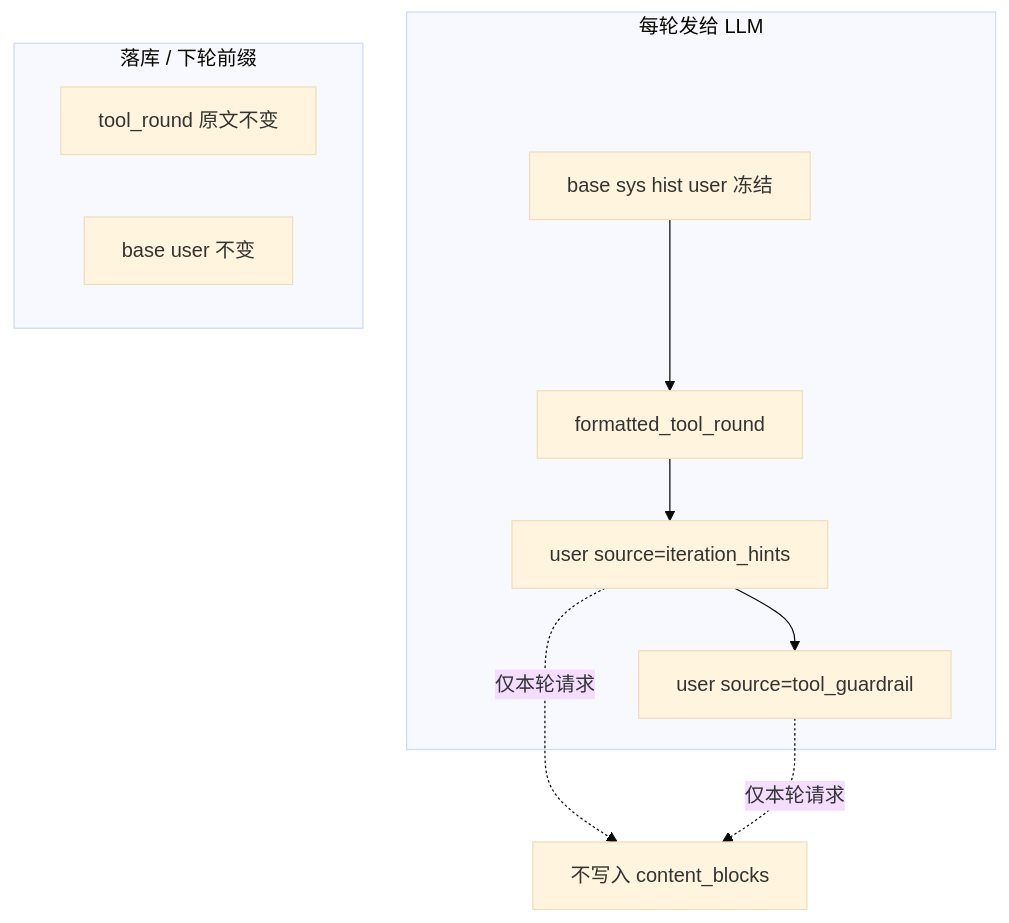
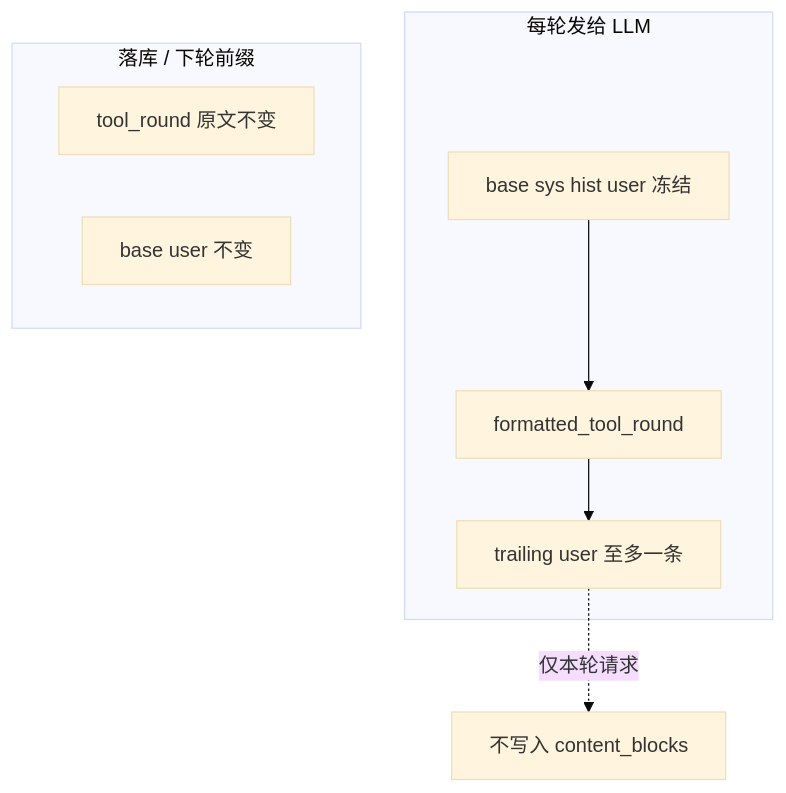
The diagram in .cursor/plans/trailing_user_hints_67ca8f3b.plan.md (wuhonglei/chat-agent), drawn with Mermaid (base theme) before and after one commit. The commit also changed other lines of this file, not shown here.

````diff
--- a/.cursor/plans/trailing_user_hints_67ca8f3b.plan.md
+++ b/.cursor/plans/trailing_user_hints_67ca8f3b.plan.md
@@ -34,16 +34,14 @@
 ```mermaid
 flowchart TD
   subgraph round [每轮发给 LLM]
     B[base sys hist user 冻结]
     T[formatted_tool_round]
-    H1["user source=iteration_hints"]
-    H2["user source=tool_guardrail"]
-    B --> T --> H1 --> H2
+    H["trailing user 至多一条"]
+    B --> T --> H
   end
   subgraph persist [落库 / 下轮前缀]
     T2[tool_round 原文不变]
     B2[base user 不变]
   end
-  H1 -.->|仅本轮请求| Drop[不写入 content_blocks]
-  H2 -.->|仅本轮请求| Drop
+  H -.->|仅本轮请求| Drop[不写入 content_blocks]
 ```
````
